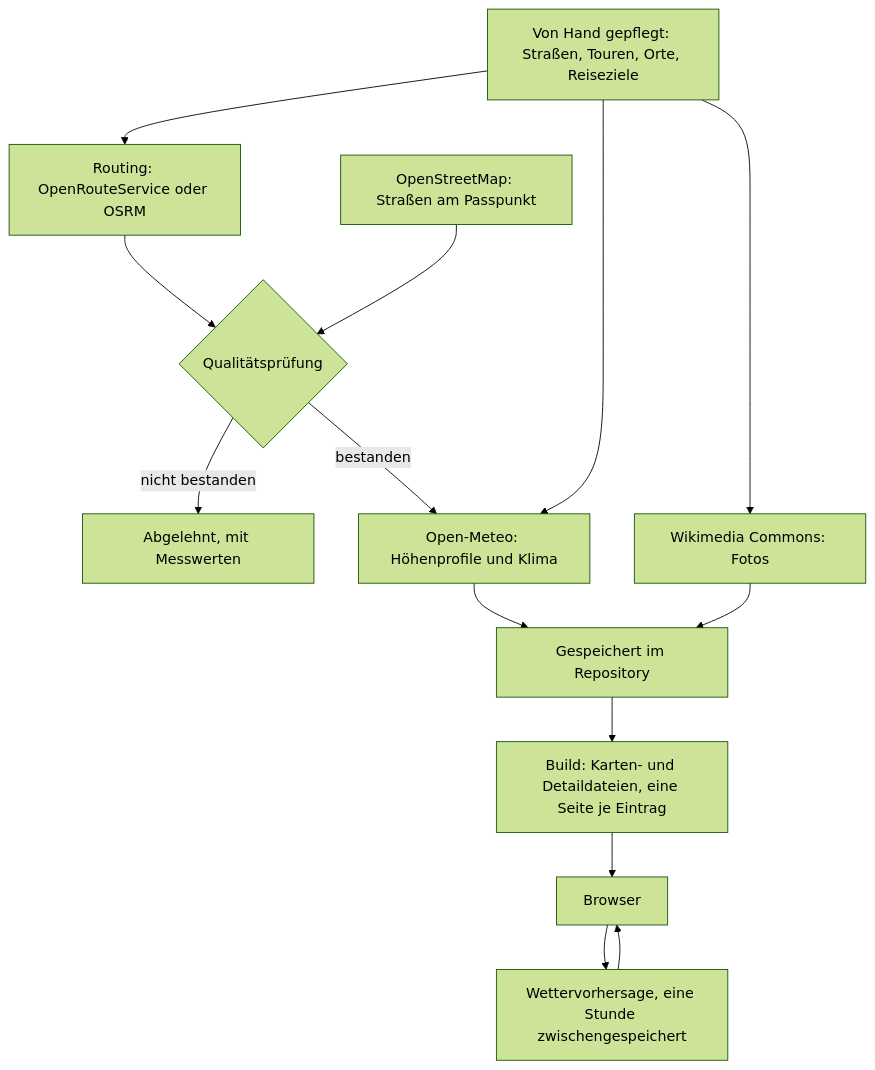
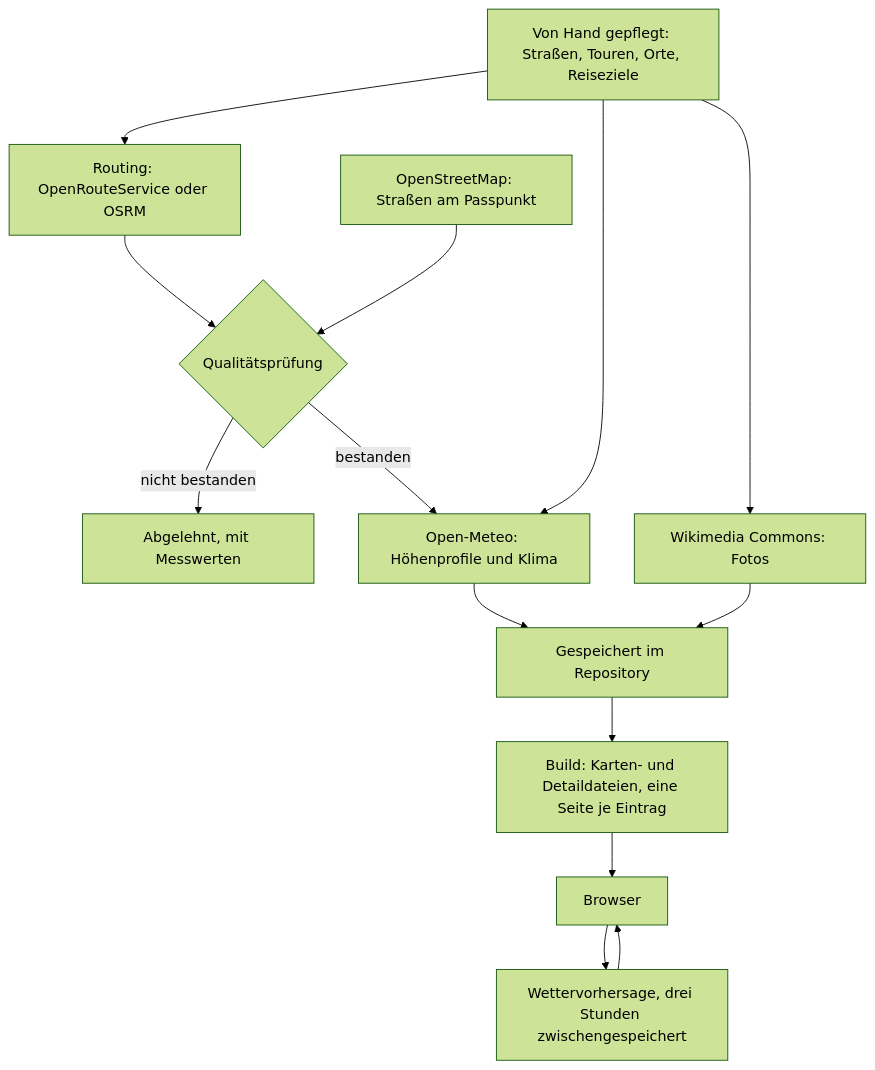
One commit to mdugue/alpen changed the diagram in docs/guide/de/data-journey.md. Above: the diagram before and after it, drawn with Mermaid (forest theme). The commit also changed other lines of this file and 24 other files, not shown here.

````diff
--- a/docs/guide/de/data-journey.md
+++ b/docs/guide/de/data-journey.md
@@ -9,25 +9,25 @@
 ```mermaid
 flowchart TB
   A["Von Hand gepflegt: Straßen, Touren, Orte, Reiseziele"]
   B["OpenStreetMap: Straßen am Passpunkt"]
   C["Routing: OpenRouteService oder OSRM"]
   D{"Qualitätsprüfung"}
   X["Abgelehnt, mit Messwerten"]
   E["Open-Meteo: Höhenprofile und Klima"]
   F["Wikimedia Commons: Fotos"]
   G["Gespeichert im Repository"]
   H["Build: Karten- und Detaildateien, eine Seite je Eintrag"]
   I["Browser"]
-  J["Wettervorhersage, eine Stunde zwischengespeichert"]
+  J["Wettervorhersage, drei Stunden zwischengespeichert"]
 
   A --> C --> D
   B --> D
   D -->|"bestanden"| E
   D -->|"nicht bestanden"| X
   A --> E
   A --> F
   E --> G
   F --> G
   G --> H --> I
   I --> J --> I
 ```
````
